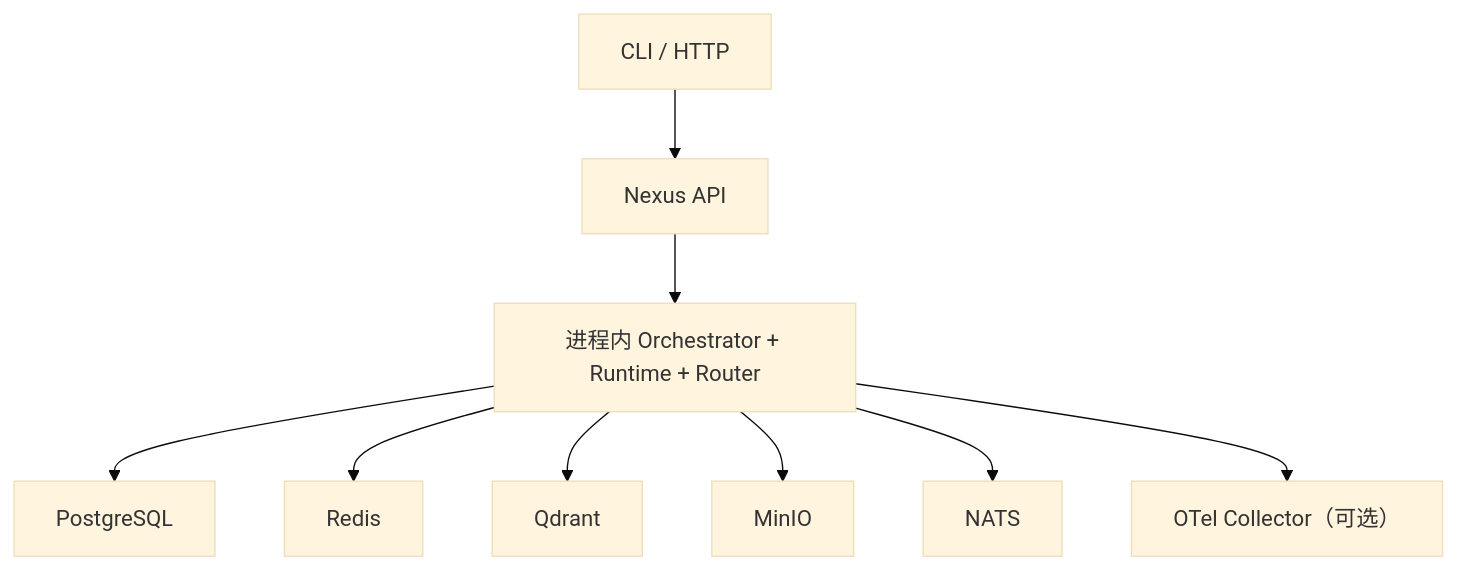
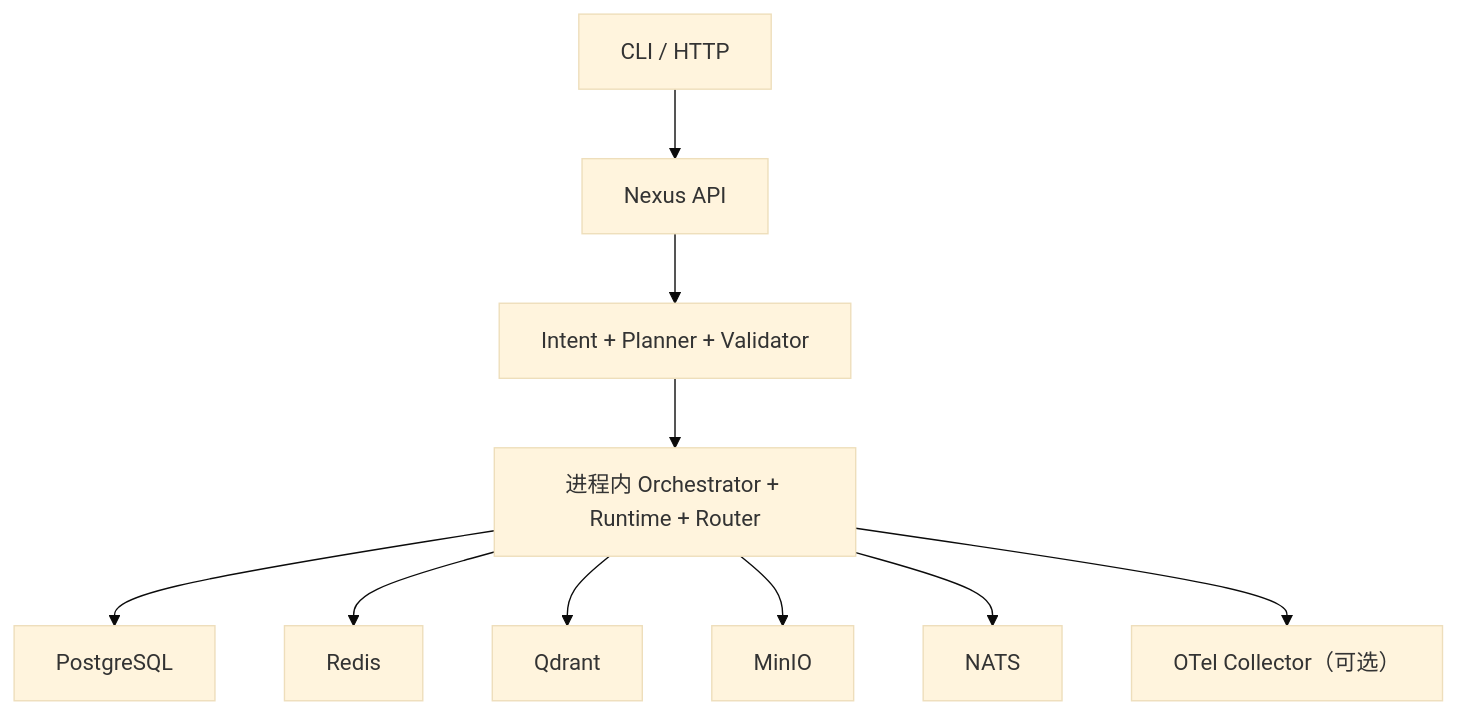
Before and after one commit to iboosky3/NexusOS: the first of 2 diagrams in docs/architecture/container-architecture.md, drawn with Mermaid (base theme). The commit also changed other lines of this file and 50 other files, not shown here.

````diff
--- a/docs/architecture/container-architecture.md
+++ b/docs/architecture/container-architecture.md
@@ -19,11 +20,12 @@
 ```mermaid
 flowchart TB
     Client["CLI / HTTP"] --> API["Nexus API"]
-    API --> Core["进程内 Orchestrator + Runtime + Router"]
+    API --> Plan["Intent + Planner + Validator"]
+    Plan --> Core["进程内 Orchestrator + Runtime + Router"]
     Core --> PG["PostgreSQL"]
     Core --> Redis["Redis"]
     Core --> Qdrant["Qdrant"]
     Core --> MinIO["MinIO"]
     Core --> NATS["NATS"]
     Core --> OTel["OTel Collector（可选）"]
 ```
````
